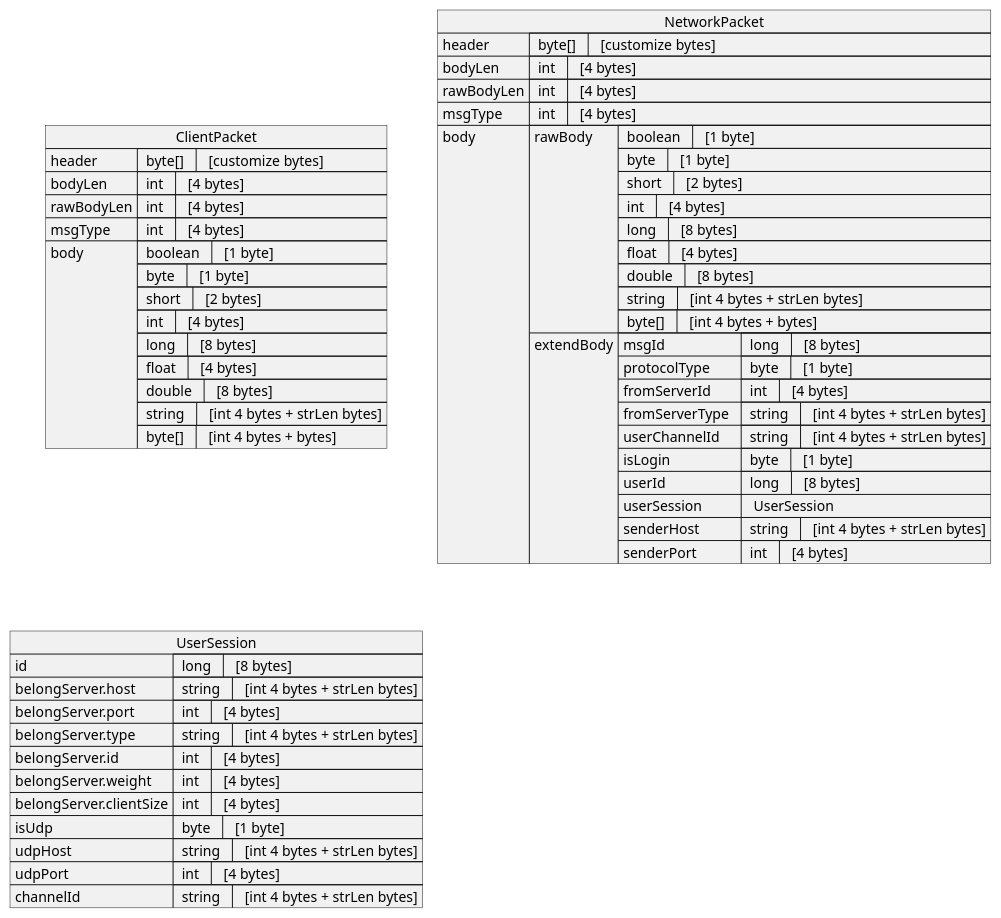
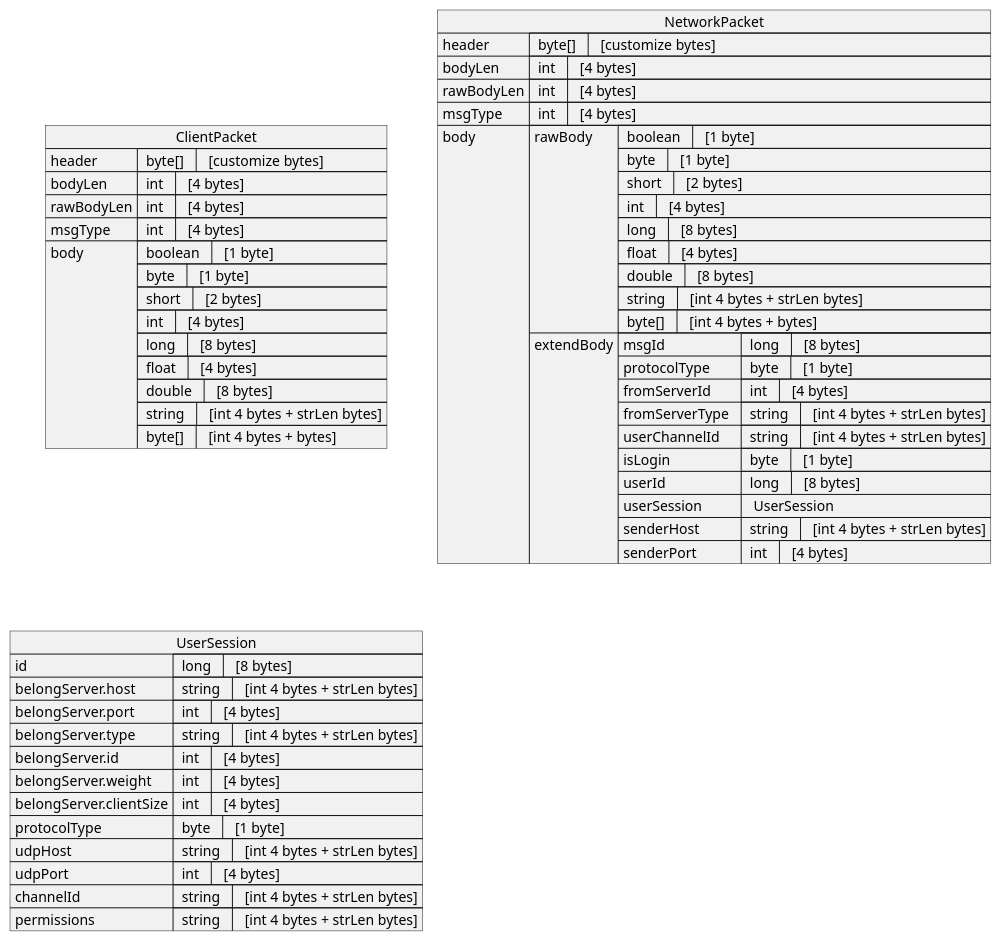
One commit to zunzhuowei/network-server changed the diagram in docs/networkPacket.puml. Above: the diagram before and after it, drawn with PlantUML. The commit also changed 1 other file, not shown here.

```diff
--- a/docs/networkPacket.puml
+++ b/docs/networkPacket.puml
@@ -1,68 +1,69 @@
 @startuml
 json ClientPacket {
 "header":{" byte[]  " : "  [customize bytes]"},
 "bodyLen":{" int  " : "  [4 bytes]"},
 "rawBodyLen":{" int  " : "  [4 bytes]"},
 "msgType":{" int  " : "  [4 bytes]"},
 "body": [
     {" boolean  " : "  [1 byte]"},
     {" byte  " : "  [1 byte]"},
     {" short  " : "  [2 bytes]"},
     {" int  " : "  [4 bytes]"},
     {" long  " : "  [8 bytes]"},
     {" float  " : "  [4 bytes]"},
     {" double  " : "  [8 bytes]"},
     {" string  " : "  [int 4 bytes + strLen bytes]"},
     {" byte[]  " : "  [int 4 bytes + bytes]"}
  ]
 }
 
 json NetworkPacket {
 "header":{" byte[]  " : "  [customize bytes]"},
 "bodyLen":{" int  " : "  [4 bytes]"},
 "rawBodyLen":{" int  " : "  [4 bytes]"},
 "msgType":{" int  " : "  [4 bytes]"},
 "body": {
     "rawBody":
     [
         {" boolean  " : "  [1 byte]"},
         {" byte  " : "  [1 byte]"},
         {" short  " : "  [2 bytes]"},
         {" int  " : "  [4 bytes]"},
         {" long  " : "  [8 bytes]"},
         {" float  " : "  [4 bytes]"},
         {" double  " : "  [8 bytes]"},
         {" string  " : "  [int 4 bytes + strLen bytes]"},
         {" byte[]  " : "  [int 4 bytes + bytes]"}
     ],
      "extendBody":
      {
         "msgId":{" long  " : "  [8 bytes]"},
         ' 0:tcp,1:udp,2:binary_websocket,3:text_websocket,4:http
         "protocolType": {" byte  " : "  [1 byte]"},
         "fromServerId  " : {" int  " : "  [4 bytes]"},
         "fromServerType  " :   {" string  " : "  [int 4 bytes + strLen bytes]"},
         "userChannelId  " :   {" string  " : "  [int 4 bytes + strLen bytes]"},
         "isLogin" : {" byte  " : "  [1 byte]"},
          "userId":{" long  " : "  [8 bytes]"},
         "userSession" : "  UserSession ",
         "senderHost  " :   {" string  " : "  [int 4 bytes + strLen bytes]"},
         "senderPort  " : {" int  " : "  [4 bytes]"}
      }
  }
 }
 
 json UserSession {
     "id": {" long  " : "  [8 bytes]"},
     "belongServer.host": {" string  " : "  [int 4 bytes + strLen bytes]"},
     "belongServer.port": {" int  " : "  [4 bytes]"},
     "belongServer.type": {" string  " : "  [int 4 bytes + strLen bytes]"},
     "belongServer.id": {" int  " : "  [4 bytes]"},
     "belongServer.weight": {" int  " : "  [4 bytes]"},
     "belongServer.clientSize": {" int  " : "  [4 bytes]"},
-    "isUdp": {" byte  " : "  [1 byte]"},
+    "protocolType": {" byte  " : "  [1 byte]"},
     "udpHost": {" string  " : "  [int 4 bytes + strLen bytes]"},
     "udpPort": {" int  " : "  [4 bytes]"},
-    "channelId": {" string  " : "  [int 4 bytes + strLen bytes]"}
+    "channelId": {" string  " : "  [int 4 bytes + strLen bytes]"},
+    "permissions":{" string  " : "  [int 4 bytes + strLen bytes]"}
 }
 @enduml
```
